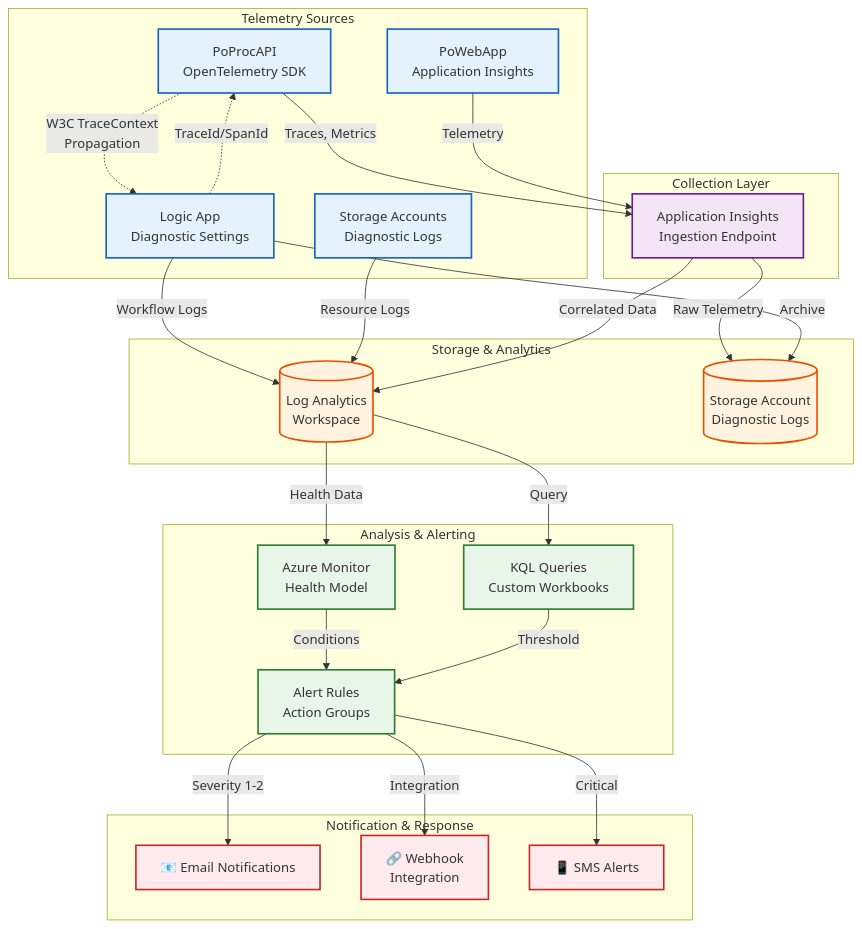
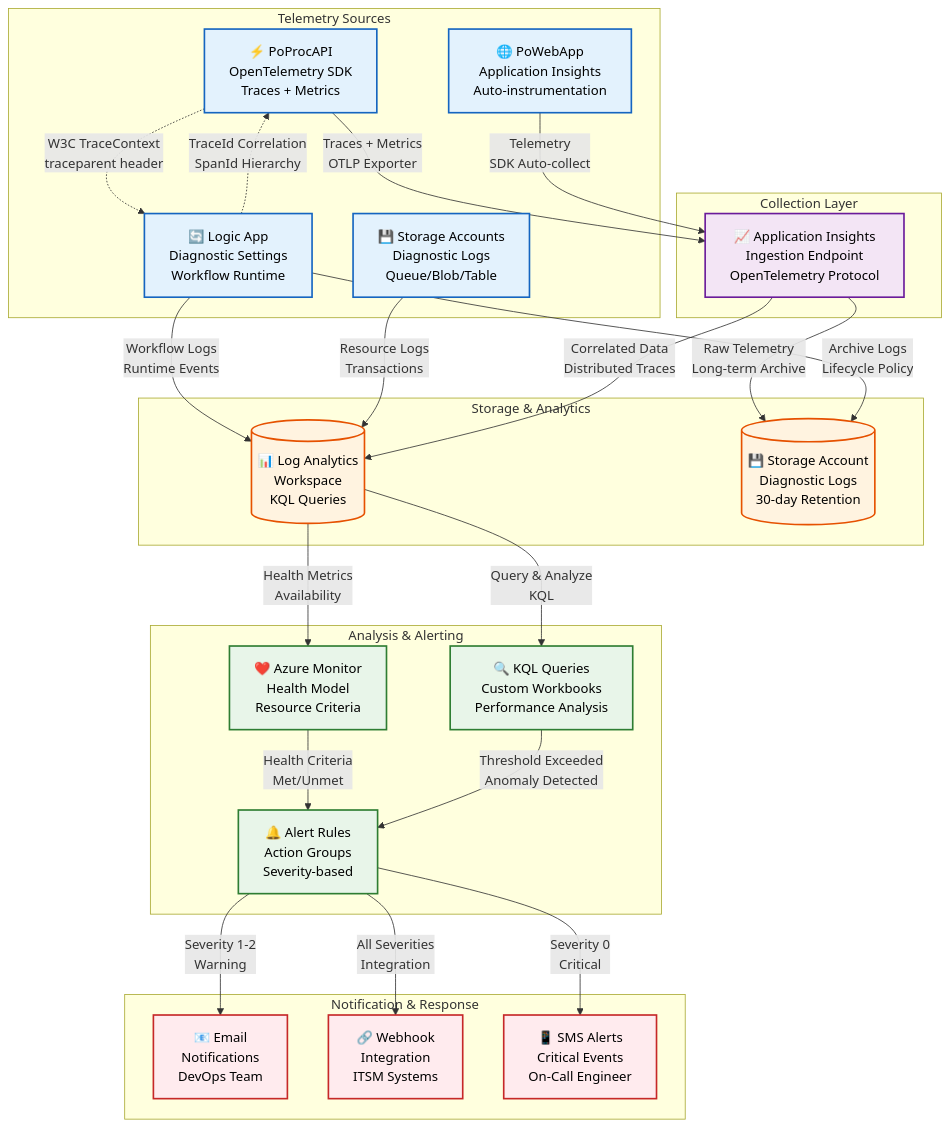
The fourth of 4 diagrams in README.md (Evilazaro/Azure-LogicApps-Monitoring), drawn with Mermaid before and after one commit. The commit also changed other lines of this file, not shown here.

````diff
--- a/README.md
+++ b/README.md
@@ -308,66 +315,70 @@
 ```mermaid
 flowchart TB
     subgraph "Telemetry Sources"
-        API[PoProcAPI<br/>OpenTelemetry SDK]
-        WEBAPP[PoWebApp<br/>Application Insights]
-        LOGICAPP[Logic App<br/>Diagnostic Settings]
-        STORAGE[Storage Accounts<br/>Diagnostic Logs]
+        API[⚡ PoProcAPI<br/>OpenTelemetry SDK<br/>Traces + Metrics]
+        WEBAPP[🌐 PoWebApp<br/>Application Insights<br/>Auto-instrumentation]
+        LOGICAPP[🔄 Logic App<br/>Diagnostic Settings<br/>Workflow Runtime]
+        STORAGE[💾 Storage Accounts<br/>Diagnostic Logs<br/>Queue/Blob/Table]
     end
 
     subgraph "Collection Layer"
-        APPINS[Application Insights<br/>Ingestion Endpoint]
+        APPINS[📈 Application Insights<br/>Ingestion Endpoint<br/>OpenTelemetry Protocol]
     end
 
     subgraph "Storage & Analytics"
-        LAWS[(Log Analytics<br/>Workspace)]
-        LOGSTORAGE[(Storage Account<br/>Diagnostic Logs)]
+        LAWS[("📊 Log Analytics<br/>Workspace<br/>KQL Queries")]
+        LOGSTORAGE[("💾 Storage Account<br/>Diagnostic Logs<br/>30-day Retention")]
     end
 
     subgraph "Analysis & Alerting"
-        QUERIES[KQL Queries<br/>Custom Workbooks]
-        HEALTHMODEL[Azure Monitor<br/>Health Model]
-        ALERTS[Alert Rules<br/>Action Groups]
+        QUERIES[🔍 KQL Queries<br/>Custom Workbooks<br/>Performance Analysis]
+        HEALTHMODEL[❤️ Azure Monitor<br/>Health Model<br/>Resource Criteria]
+        ALERTS[🔔 Alert Rules<br/>Action Groups<br/>Severity-based]
     end
 
     subgraph "Notification & Response"
-        EMAIL[📧 Email Notifications]
-        WEBHOOK[🔗 Webhook<br/>Integration]
-        SMS[📱 SMS Alerts]
+        EMAIL[📧 Email<br/>Notifications<br/>DevOps Team]
+        WEBHOOK[🔗 Webhook<br/>Integration<br/>ITSM Systems]
+        SMS[📱 SMS Alerts<br/>Critical Events<br/>On-Call Engineer]
     end
 
-    %% Data flow
-    API -->|Traces, Metrics| APPINS
-    WEBAPP -->|Telemetry| APPINS
-    LOGICAPP -->|Workflow Logs| LAWS
-    STORAGE -->|Resource Logs| LAWS
+    %% Data flow from sources
+    API -->|Traces + Metrics<br/>OTLP Exporter| APPINS
+    WEBAPP -->|Telemetry<br/>SDK Auto-collect| APPINS
+    LOGICAPP -->|Workflow Logs<br/>Runtime Events| LAWS
+    STORAGE -->|Resource Logs<br/>Transactions| LAWS
     
-    APPINS -->|Correlated Data| LAWS
-    APPINS -->|Raw Telemetry| LOGSTORAGE
-    LOGICAPP -->|Archive| LOGSTORAGE
+    %% Aggregation and storage
+    APPINS -->|Correlated Data<br/>Distributed Traces| LAWS
+    APPINS -->|Raw Telemetry<br/>Long-term Archive| LOGSTORAGE
+    LOGICAPP -->|Archive Logs<br/>Lifecycle Policy| LOGSTORAGE
     
-    LAWS -->|Query| QUERIES
-    LAWS -->|Health Data| HEALTHMODEL
+    %% Analysis
+    LAWS -->|Query & Analyze<br/>KQL| QUERIES
+    LAWS -->|Health Metrics<br/>Availability| HEALTHMODEL
     
-    HEALTHMODEL -->|Conditions| ALERTS
-    QUERIES -->|Threshold| ALERTS
+    %% Alerting
+    HEALTHMODEL -->|Health Criteria<br/>Met/Unmet| ALERTS
+    QUERIES -->|Threshold Exceeded<br/>Anomaly Detected| ALERTS
     
-    ALERTS -->|Severity 1-2| EMAIL
-    ALERTS -->|Critical| SMS
-    ALERTS -->|Integration| WEBHOOK
+    %% Notifications
+    ALERTS -->|Severity 1-2<br/>Warning| EMAIL
+    ALERTS -->|Severity 0<br/>Critical| SMS
+    ALERTS -->|All Severities<br/>Integration| WEBHOOK
 
-    %% Trace Context Flow
-    API -.->|W3C TraceContext<br/>Propagation| LOGICAPP
-    LOGICAPP -.->|TraceId/SpanId| API
+    %% W3C Trace Context Propagation
+    API -.->|W3C TraceContext<br/>traceparent header| LOGICAPP
+    LOGICAPP -.->|TraceId Correlation<br/>SpanId Hierarchy| API
 
-    classDef sourceClass fill:#e3f2fd,stroke:#1565c0,stroke-width:2px
-    classDef collectionClass fill:#f3e5f5,stroke:#6a1b9a,stroke-width:2px
-    classDef storageClass fill:#fff3e0,stroke:#e65100,stroke-width:2px
-    classDef analysisClass fill:#e8f5e9,stroke:#2e7d32,stroke-width:2px
-    classDef notificationClass fill:#ffebee,stroke:#c62828,stroke-width:2px
+    classDef sourceClass fill:#e3f2fd,stroke:#1565c0,stroke-width:2px,color:#000
+    classDef collectionClass fill:#f3e5f5,stroke:#6a1b9a,stroke-width:2px,color:#000
+    classDef storageClass fill:#fff3e0,stroke:#e65100,stroke-width:2px,color:#000
+    classDef analysisClass fill:#e8f5e9,stroke:#2e7d32,stroke-width:2px,color:#000
+    classDef notificationClass fill:#ffebee,stroke:#c62828,stroke-width:2px,color:#000
 
     class API,WEBAPP,LOGICAPP,STORAGE sourceClass
     class APPINS collectionClass
     class LAWS,LOGSTORAGE storageClass
     class QUERIES,HEALTHMODEL,ALERTS analysisClass
     class EMAIL,WEBHOOK,SMS notificationClass
 ```
````
